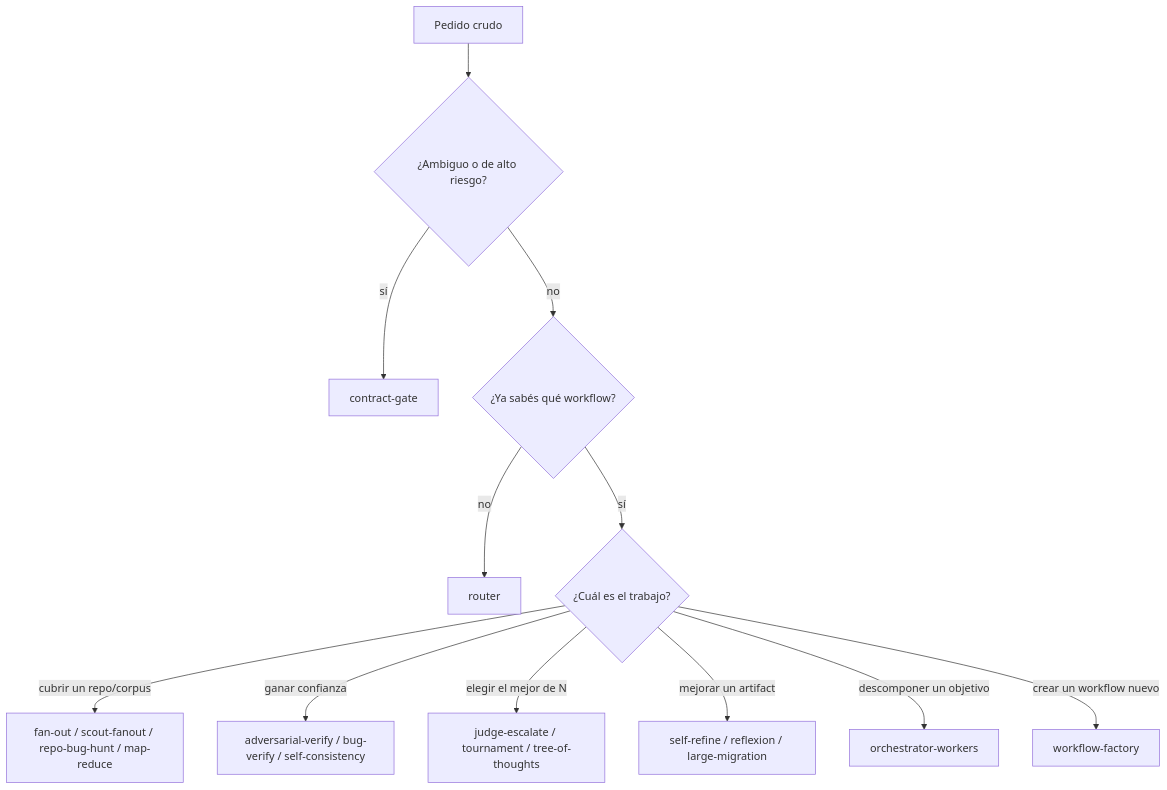
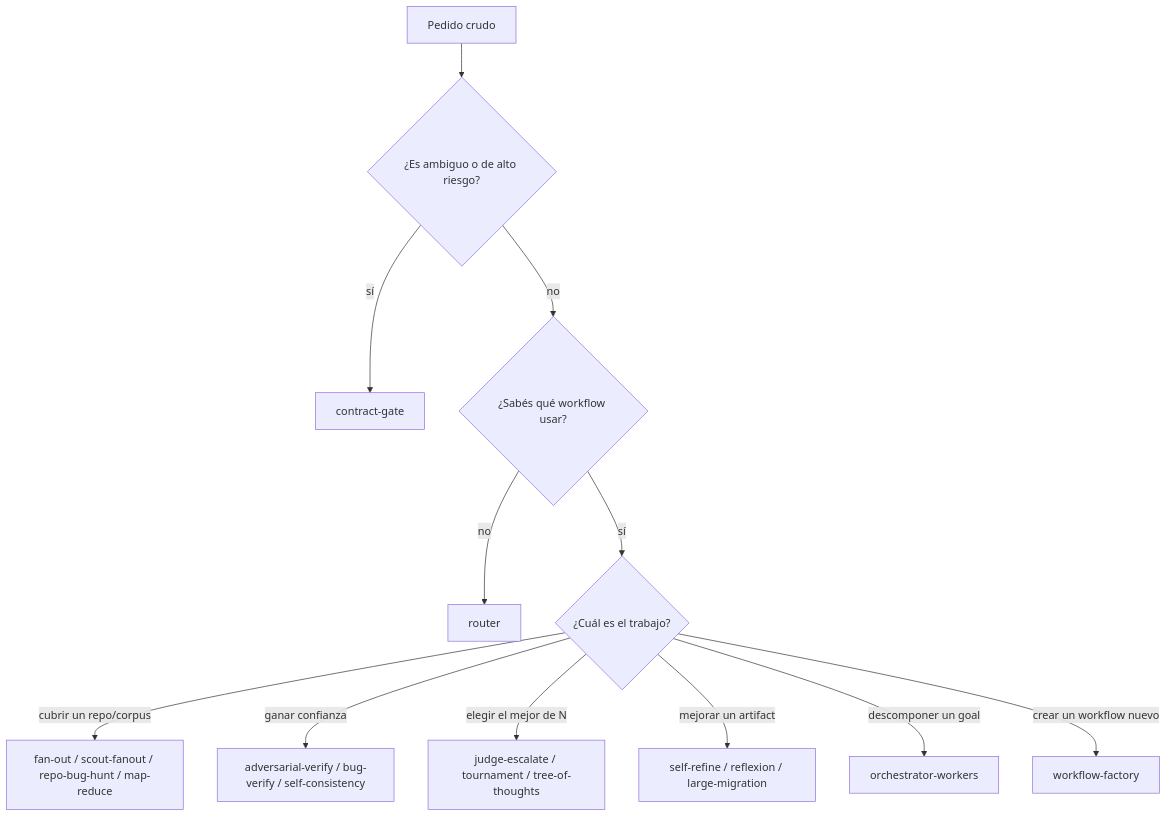
One commit to andrestobelem/pandi-extensions changed the second of 5 diagrams in .claude/skills/ultracode/reference/scaffold-catalog.md. Above: the diagram before and after it, drawn with Mermaid. The commit also changed other lines of this file and 22 other files, not shown here.

````diff
--- a/.claude/skills/ultracode/reference/scaffold-catalog.md
+++ b/.claude/skills/ultracode/reference/scaffold-catalog.md
@@ -125,14 +127,14 @@
 ```mermaid
 flowchart TD
-  A[Pedido crudo] --> B{¿Ambiguo o de alto riesgo?}
+  A[Pedido crudo] --> B{¿Es ambiguo o de alto riesgo?}
   B -- sí --> CG[contract-gate]
-  B -- no --> C{¿Ya sabés qué workflow?}
+  B -- no --> C{¿Sabés qué workflow usar?}
   C -- no --> RT[router]
   C -- sí --> D{¿Cuál es el trabajo?}
   D -- cubrir un repo/corpus --> E[fan-out / scout-fanout / repo-bug-hunt / map-reduce]
   D -- ganar confianza --> F[adversarial-verify / bug-verify / self-consistency]
   D -- elegir el mejor de N --> G[judge-escalate / tournament / tree-of-thoughts]
   D -- mejorar un artifact --> H[self-refine / reflexion / large-migration]
-  D -- descomponer un objetivo --> I[orchestrator-workers]
+  D -- descomponer un goal --> I[orchestrator-workers]
   D -- crear un workflow nuevo --> J[workflow-factory]
 ```
````
